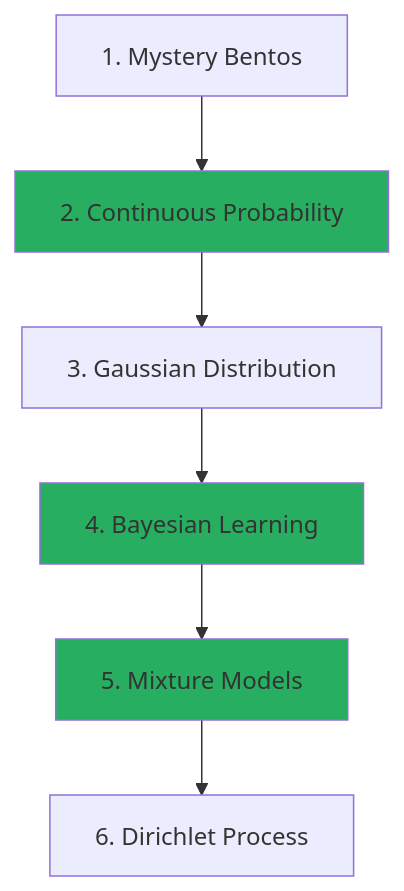
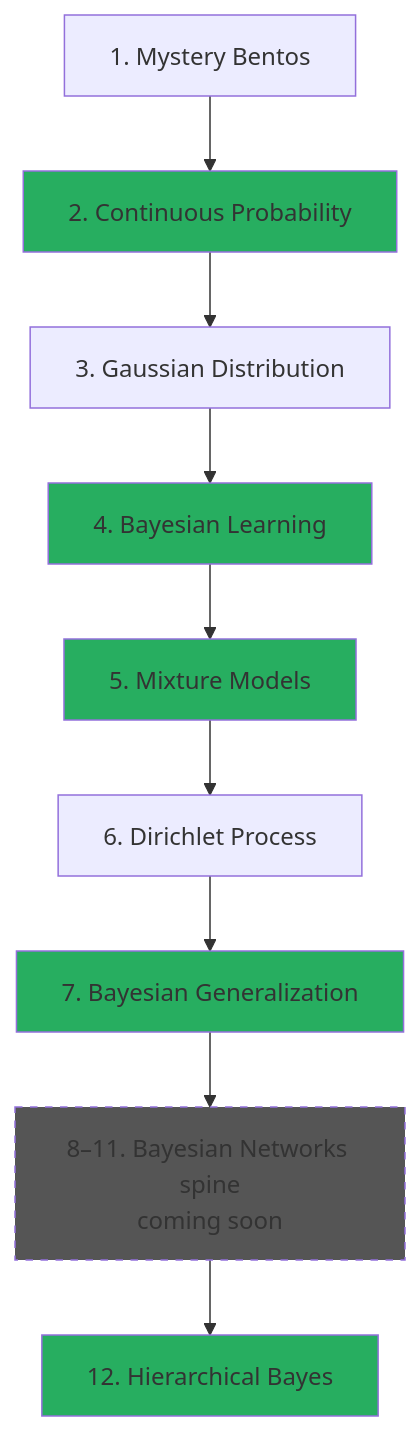
The diagram in content/intro2/_index.md (josephausterweil/probintro), drawn with Mermaid before and after one commit. The commit also changed other lines of this file and 28 other files, not shown here.

````diff
--- a/content/intro2/_index.md
+++ b/content/intro2/_index.md
@@ -32,14 +34,20 @@
 ```mermaid
 graph TB
     A[1. Mystery Bentos] --> B[2. Continuous Probability]
     B --> C[3. Gaussian Distribution]
     C --> D[4. Bayesian Learning]
     D --> E[5. Mixture Models]
     E --> F[6. Dirichlet Process]
+    F --> G[7. Bayesian Generalization]
+    G --> S[8–11. Bayesian Networks spine<br/>coming soon]
+    S --> L[12. Hierarchical Bayes]
 
     style B fill:#27ae60
     style D fill:#27ae60
     style E fill:#27ae60
+    style G fill:#27ae60
+    style L fill:#27ae60
+    style S fill:#555,stroke-dasharray: 5 5
 
     classDef foundational fill:#27ae60,stroke:#333,stroke-width:2px,color:#fff
 ```
````
